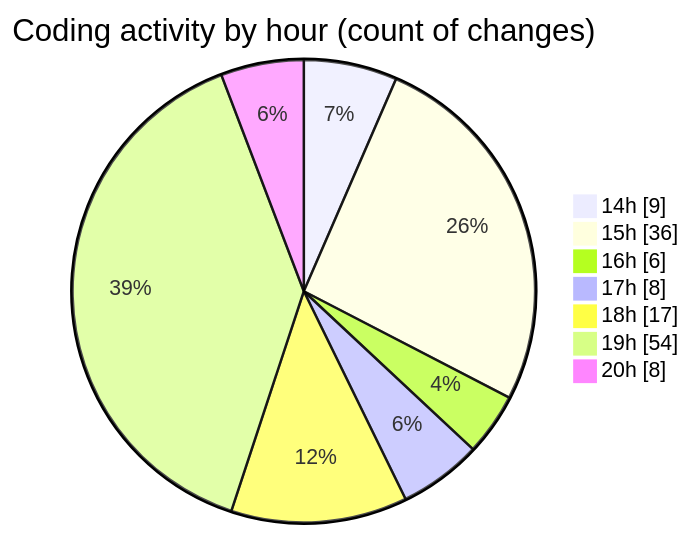
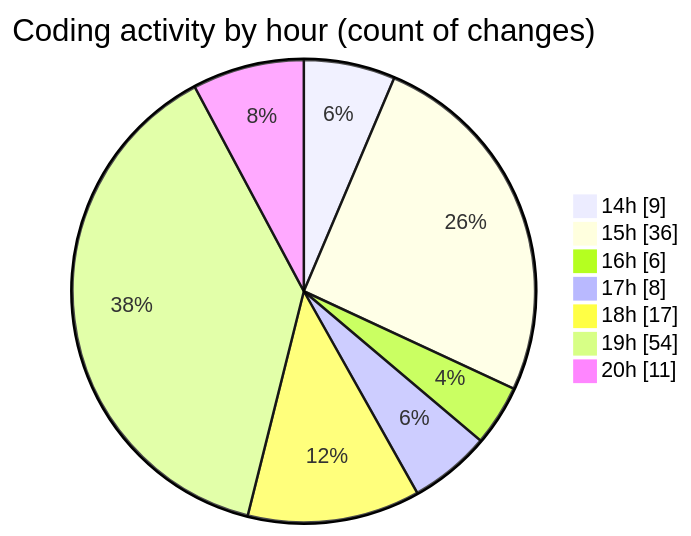
Before and after one commit to Ritupan-Deka/code-tracking: the second of 2 diagrams in 2025-06-17/projects/README.md, drawn with Mermaid. The commit also changed other lines of this file and 1 other file, not shown here.

````diff
--- a/2025-06-17/projects/README.md
+++ b/2025-06-17/projects/README.md
@@ -29,11 +29,11 @@
 ```mermaid
 pie showData
 title Coding activity by hour (count of changes)
 "14h" : 9
 "15h" : 36
 "16h" : 6
 "17h" : 8
 "18h" : 17
 "19h" : 54
-"20h" : 8
+"20h" : 11
 ```
````
